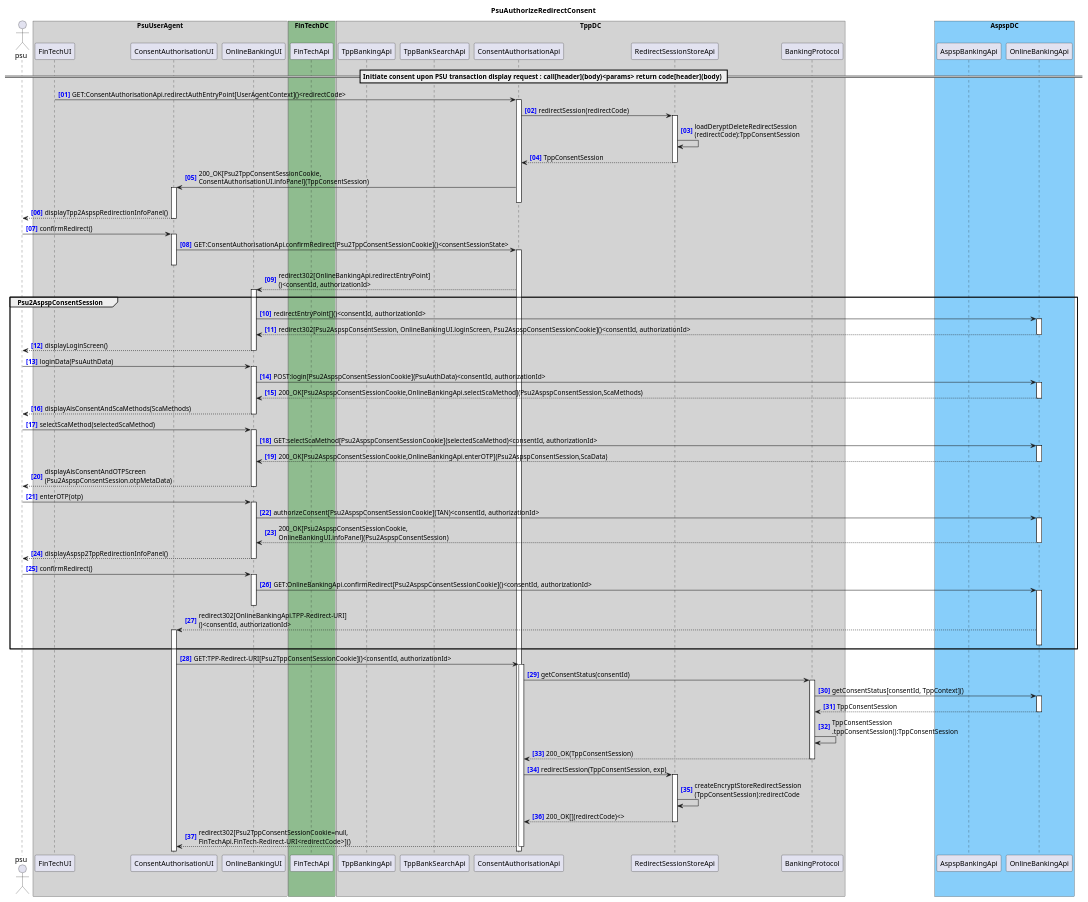
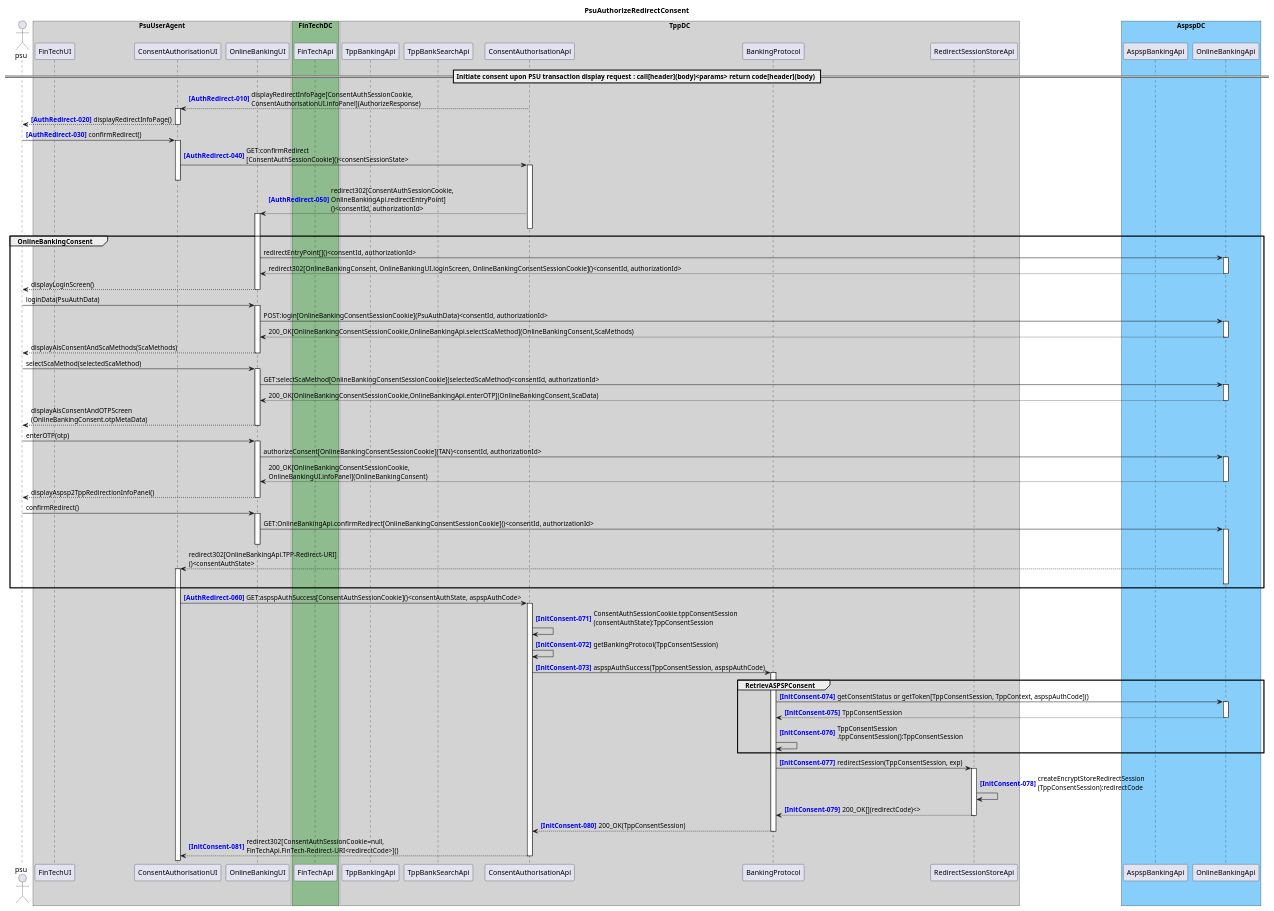
One commit to adorsys/open-banking-gateway changed the diagram in docs/architecture/diagrams/useCases/5b-psuAuthRedirectConsent.puml. Above: the diagram before and after it, drawn with PlantUML. The commit also changed 15 other files, not shown here.

Commit message:
Illustation of TppConsentSession and Readme

```diff
--- a/docs/architecture/diagrams/useCases/5b-psuAuthRedirectConsent.puml
+++ b/docs/architecture/diagrams/useCases/5b-psuAuthRedirectConsent.puml
@@ -1,76 +1,79 @@
 @startuml PsuAuthorizeRedirectConsent
 title PsuAuthorizeRedirectConsent
-autonumber "<b><color blue>[00]"
+autonumber 10 10 "<b><color blue>[AuthRedirect-000]</color></b>"
 actor psu
 
 box "PsuUserAgent" #LightGray
     participant "FinTechUI" as FinTechUI
     participant "ConsentAuthorisationUI" as ConsentAuthorisationUI
     participant "OnlineBankingUI" as OnlineBankingUI
 end box
 box "FinTechDC" #DarkSeaGreen
     participant "FinTechApi" as FinTechApi
 end box
 box "TppDC" #LightGray
     participant "TppBankingApi" as TppBankingApi
     participant "TppBankSearchApi" as TppBankSearchApi
     participant "ConsentAuthorisationApi" as ConsentAuthorisationApi
 
+    participant "BankingProtocol" as BankingProtocol
     participant "RedirectSessionStoreApi" as RedirectSessionStoreApi
-    participant "BankingProtocol" as BankingProtocol
 end box
 box "AspspDC" #LightSkyBlue
 	participant "AspspBankingApi" as AspspBankingApi
     participant "OnlineBankingApi" as OnlineBankingApi
 end box
 
 == Initiate consent upon PSU transaction display request : call[header](body)<params> return code[header](body) ==
 
-FinTechUI -> ConsentAuthorisationApi ++ : GET:ConsentAuthorisationApi.redirectAuthEntryPoint[UserAgentContext]()<redirectCode>
-ConsentAuthorisationApi -> RedirectSessionStoreApi ++ : redirectSession(redirectCode)
-RedirectSessionStoreApi -> RedirectSessionStoreApi : loadDeryptDeleteRedirectSession\n(redirectCode):TppConsentSession
-return TppConsentSession
-ConsentAuthorisationApi -> ConsentAuthorisationUI ++ : 200_OK[Psu2TppConsentSessionCookie,\nConsentAuthorisationUI.infoPanel](TppConsentSession)
-deactivate ConsentAuthorisationApi
-ConsentAuthorisationUI --> psu : displayTpp2AspspRedirectionInfoPanel()
+ConsentAuthorisationApi --> ConsentAuthorisationUI ++ : displayRedirectInfoPage[ConsentAuthSessionCookie,\nConsentAuthorisationUI.infoPanel](AuthorizeResponse)
+ConsentAuthorisationUI --> psu : displayRedirectInfoPage()
 deactivate ConsentAuthorisationUI
 psu -> ConsentAuthorisationUI ++ : confirmRedirect()
-ConsentAuthorisationUI -> ConsentAuthorisationApi ++ : GET:ConsentAuthorisationApi.confirmRedirect[Psu2TppConsentSessionCookie]()<consentSessionState>
+ConsentAuthorisationUI -> ConsentAuthorisationApi ++ : GET:confirmRedirect\n[ConsentAuthSessionCookie]()<consentSessionState>
 deactivate ConsentAuthorisationUI
-ConsentAuthorisationApi --> OnlineBankingUI ++ : redirect302[OnlineBankingApi.redirectEntryPoint]\n()<consentId, authorizationId>
-group Psu2AspspConsentSession
+ConsentAuthorisationApi --> OnlineBankingUI ++ : redirect302[ConsentAuthSessionCookie,\nOnlineBankingApi.redirectEntryPoint]\n()<consentId, authorizationId>
+deactivate ConsentAuthorisationApi
+autonumber stop
+group OnlineBankingConsent
     OnlineBankingUI -> OnlineBankingApi ++ : redirectEntryPoint[]()<consentId, authorizationId>
-    return redirect302[Psu2AspspConsentSession, OnlineBankingUI.loginScreen, Psu2AspspConsentSessionCookie]()<consentId, authorizationId>
+    return redirect302[OnlineBankingConsent, OnlineBankingUI.loginScreen, OnlineBankingConsentSessionCookie]()<consentId, authorizationId>
     OnlineBankingUI --> psu : displayLoginScreen()
     deactivate OnlineBankingUI
     psu -> OnlineBankingUI ++ : loginData(PsuAuthData)
-    OnlineBankingUI -> OnlineBankingApi ++ : POST:login[Psu2AspspConsentSessionCookie](PsuAuthData)<consentId, authorizationId> 
-    return 200_OK[Psu2AspspConsentSessionCookie,OnlineBankingApi.selectScaMethod](Psu2AspspConsentSession,ScaMethods)
+    OnlineBankingUI -> OnlineBankingApi ++ : POST:login[OnlineBankingConsentSessionCookie](PsuAuthData)<consentId, authorizationId> 
+    return 200_OK[OnlineBankingConsentSessionCookie,OnlineBankingApi.selectScaMethod](OnlineBankingConsent,ScaMethods)
     return displayAisConsentAndScaMethods(ScaMethods)
     psu -> OnlineBankingUI ++ : selectScaMethod(selectedScaMethod)
-    OnlineBankingUI -> OnlineBankingApi ++ : GET:selectScaMethod[Psu2AspspConsentSessionCookie](selectedScaMethod)<consentId, authorizationId> 
-    return 200_OK[Psu2AspspConsentSessionCookie,OnlineBankingApi.enterOTP](Psu2AspspConsentSession,ScaData)
-    return displayAisConsentAndOTPScreen\n(Psu2AspspConsentSession.otpMetaData)
+    OnlineBankingUI -> OnlineBankingApi ++ : GET:selectScaMethod[OnlineBankingConsentSessionCookie](selectedScaMethod)<consentId, authorizationId> 
+    return 200_OK[OnlineBankingConsentSessionCookie,OnlineBankingApi.enterOTP](OnlineBankingConsent,ScaData)
+    return displayAisConsentAndOTPScreen\n(OnlineBankingConsent.otpMetaData)
     psu -> OnlineBankingUI ++ : enterOTP(otp)
-    OnlineBankingUI -> OnlineBankingApi ++ : authorizeConsent[Psu2AspspConsentSessionCookie](TAN)<consentId, authorizationId> 
-    return 200_OK[Psu2AspspConsentSessionCookie,\nOnlineBankingUI.infoPanel](Psu2AspspConsentSession)
+    OnlineBankingUI -> OnlineBankingApi ++ : authorizeConsent[OnlineBankingConsentSessionCookie](TAN)<consentId, authorizationId> 
+    return 200_OK[OnlineBankingConsentSessionCookie,\nOnlineBankingUI.infoPanel](OnlineBankingConsent)
     OnlineBankingUI --> psu : displayAspsp2TppRedirectionInfoPanel()
     deactivate OnlineBankingUI
     psu -> OnlineBankingUI ++ : confirmRedirect()
-    OnlineBankingUI -> OnlineBankingApi ++ : GET:OnlineBankingApi.confirmRedirect[Psu2AspspConsentSessionCookie]()<consentId, authorizationId>
+    OnlineBankingUI -> OnlineBankingApi ++ : GET:OnlineBankingApi.confirmRedirect[OnlineBankingConsentSessionCookie]()<consentId, authorizationId>
     deactivate OnlineBankingUI
-    OnlineBankingApi --> ConsentAuthorisationUI ++ : redirect302[OnlineBankingApi.TPP-Redirect-URI]\n()<consentId, authorizationId>
+    OnlineBankingApi --> ConsentAuthorisationUI ++ : redirect302[OnlineBankingApi.TPP-Redirect-URI]\n()<consentAuthState>
     deactivate OnlineBankingApi
 end
+autonumber resume
 activate ConsentAuthorisationUI
-ConsentAuthorisationUI -> ConsentAuthorisationApi ++ : GET:TPP-Redirect-URI[Psu2TppConsentSessionCookie]()<consentId, authorizationId>
-ConsentAuthorisationApi -> BankingProtocol ++ : getConsentStatus(consentId)
-BankingProtocol -> OnlineBankingApi ++ : getConsentStatus[consentId, TppContext]()
+ConsentAuthorisationUI -> ConsentAuthorisationApi ++ : GET:aspspAuthSuccess[ConsentAuthSessionCookie]()<consentAuthState, aspspAuthCode>
+autonumber 71 1 "<b><color blue>[InitConsent-000]"
+ConsentAuthorisationApi -> ConsentAuthorisationApi : ConsentAuthSessionCookie.tppConsentSession\n(consentAuthState):TppConsentSession
+ConsentAuthorisationApi -> ConsentAuthorisationApi : getBankingProtocol(TppConsentSession)
+ConsentAuthorisationApi -> BankingProtocol ++ : aspspAuthSuccess(TppConsentSession, aspspAuthCode)
+group RetrievASPSPConsent
+BankingProtocol -> OnlineBankingApi ++ : getConsentStatus or getToken[TppConsentSession, TppContext, aspspAuthCode]()
 return TppConsentSession
 BankingProtocol -> BankingProtocol : TppConsentSession\n.tppConsentSession():TppConsentSession
-return 200_OK(TppConsentSession)
-ConsentAuthorisationApi -> RedirectSessionStoreApi ++ : redirectSession(TppConsentSession, exp)
+end
+BankingProtocol -> RedirectSessionStoreApi ++ : redirectSession(TppConsentSession, exp)
 RedirectSessionStoreApi -> RedirectSessionStoreApi : createEncryptStoreRedirectSession\n(TppConsentSession):redirectCode
 return 200_OK[](redirectCode)<>
-return redirect302[Psu2TppConsentSessionCookie=null,\nFinTechApi.FinTech-Redirect-URI<redirectCode>]()
+return 200_OK(TppConsentSession)
+return redirect302[ConsentAuthSessionCookie=null,\nFinTechApi.FinTech-Redirect-URI<redirectCode>]()
 @enduml
```
